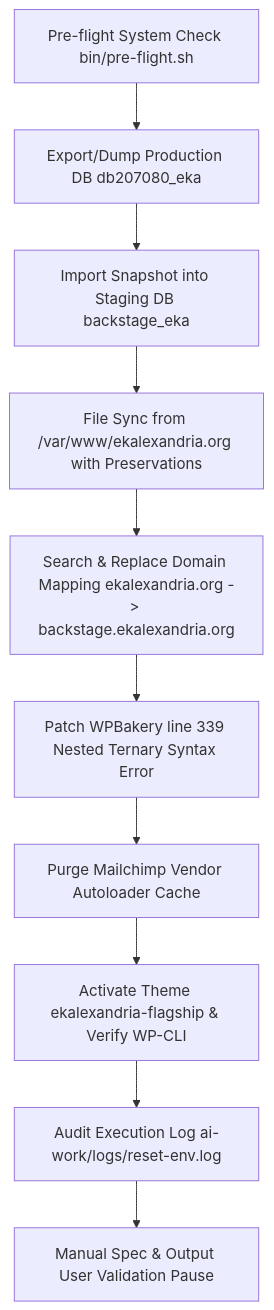
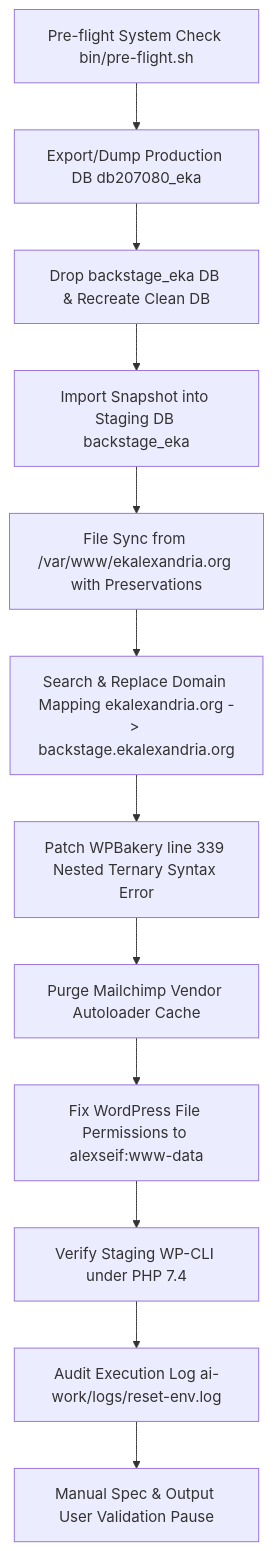
One commit to alexseif/ekalexandria-flagship changed the diagram in ai-work/tasks/EKA-Portal-Migration-Phase-1-Staging-Environment-Synchronization-Reset-plan.md. Above: the diagram before and after it, drawn with Mermaid. The commit also changed other lines of this file and 8 other files, not shown here.

````diff
--- a/ai-work/tasks/EKA-Portal-Migration-Phase-1-Staging-Environment-Synchronization-Reset-plan.md
+++ b/ai-work/tasks/EKA-Portal-Migration-Phase-1-Staging-Environment-Synchronization-Reset-plan.md
@@ -14,12 +14,14 @@
 ```mermaid
 graph TD
     A[Pre-flight System Check bin/pre-flight.sh] --> B[Export/Dump Production DB db207080_eka]
-    B --> C[Import Snapshot into Staging DB backstage_eka]
-    C --> D[File Sync from /var/www/ekalexandria.org with Preservations]
-    D --> E[Search & Replace Domain Mapping ekalexandria.org -> backstage.ekalexandria.org]
-    E --> F[Patch WPBakery line 339 Nested Ternary Syntax Error]
-    F --> G[Purge Mailchimp Vendor Autoloader Cache]
-    G --> H[Activate Theme ekalexandria-flagship & Verify WP-CLI]
-    H --> I[Audit Execution Log ai-work/logs/reset-env.log]
-    I --> J[Manual Spec & Output User Validation Pause]
+    B --> C[Drop backstage_eka DB & Recreate Clean DB]
+    C --> D[Import Snapshot into Staging DB backstage_eka]
+    D --> E[File Sync from /var/www/ekalexandria.org with Preservations]
+    E --> F[Search & Replace Domain Mapping ekalexandria.org -> backstage.ekalexandria.org]
+    F --> G[Patch WPBakery line 339 Nested Ternary Syntax Error]
+    G --> H[Purge Mailchimp Vendor Autoloader Cache]
+    H --> I[Fix WordPress File Permissions to alexseif:www-data]
+    I --> J[Verify Staging WP-CLI under PHP 7.4]
+    J --> K[Audit Execution Log ai-work/logs/reset-env.log]
+    K --> L[Manual Spec & Output User Validation Pause]
 ```
````
